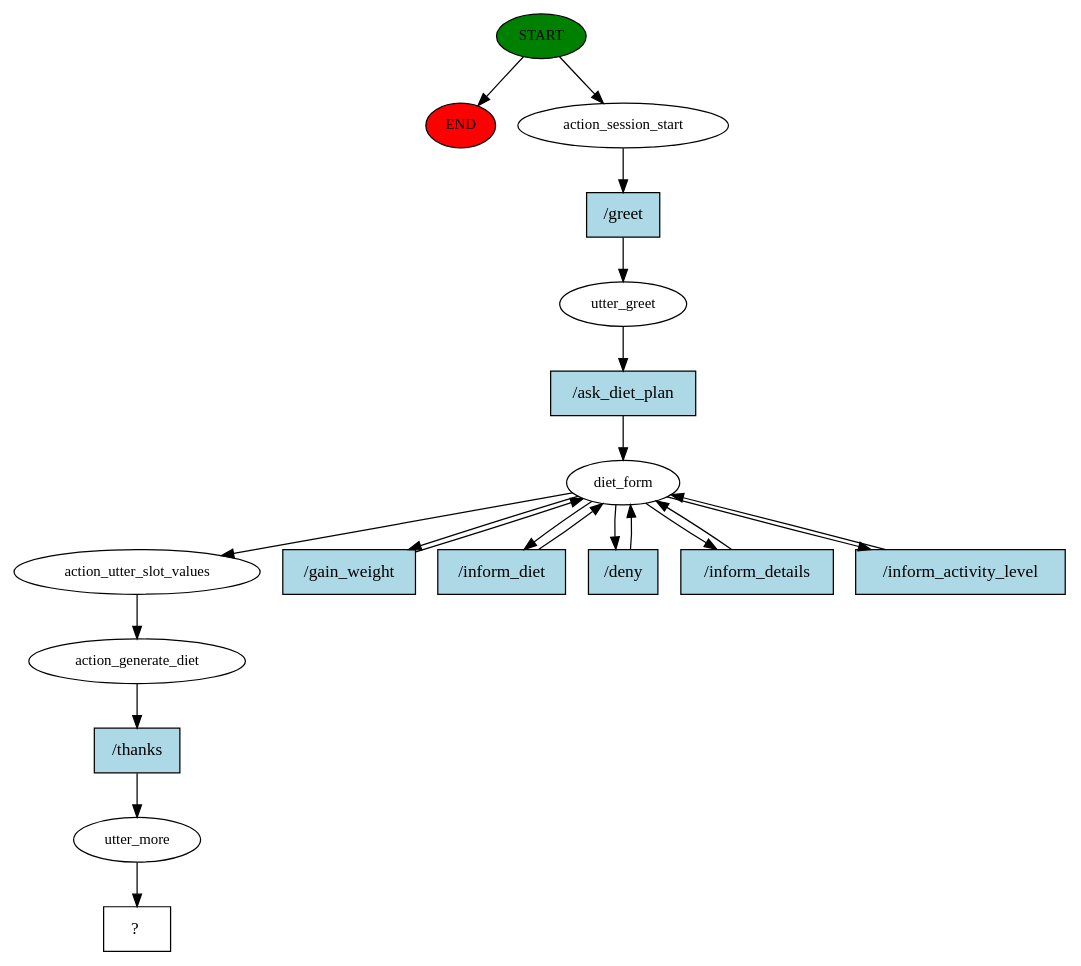
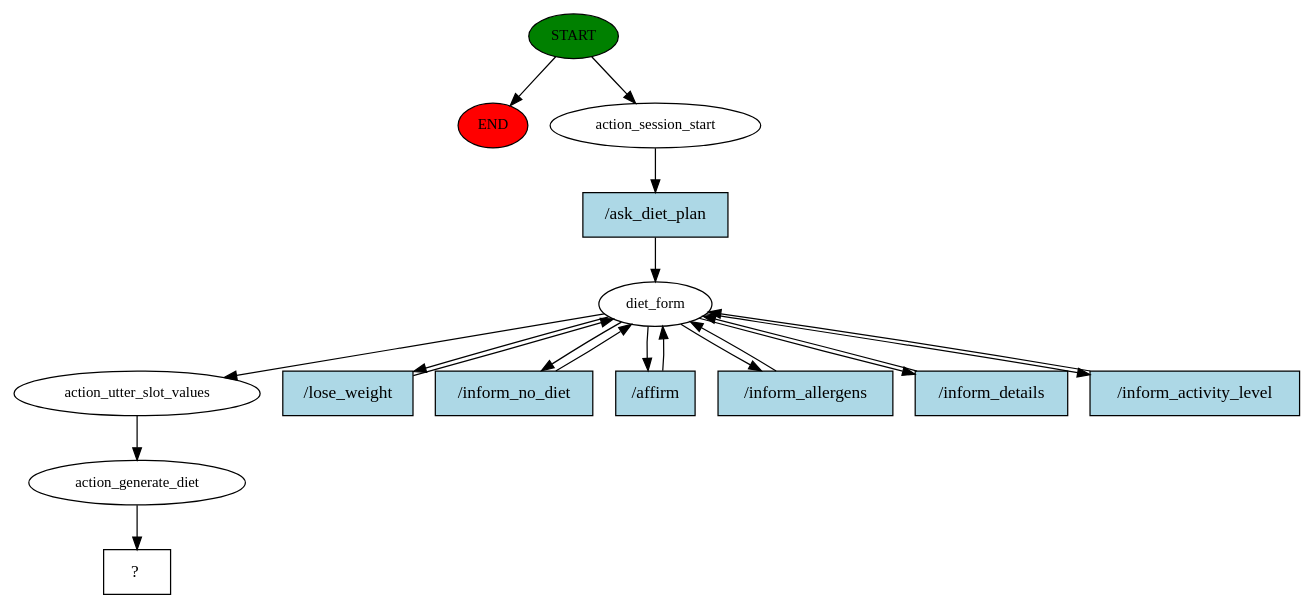
The diagram in story_graph.dot (v-rowjee/Chatbot-Engine), drawn with Graphviz before and after one commit. The commit also changed 1 other file, not shown here.

```diff
--- a/story_graph.dot
+++ b/story_graph.dot
@@ -1,40 +1,35 @@
 digraph  {
 0 [class="start active", fillcolor=green, fontsize=12, label=START, style=filled];
 "-1" [class=end, fillcolor=red, fontsize=12, label=END, style=filled];
 1 [class=active, fontsize=12, label=action_session_start];
-2 [class=active, fontsize=12, label=utter_greet];
-3 [class=active, fontsize=12, label=diet_form];
-9 [class=active, fontsize=12, label=action_utter_slot_values];
-10 [class=active, fontsize=12, label=action_generate_diet];
-11 [class=active, fontsize=12, label=utter_more];
-12 [class="intent dashed active", label="  ?  ", shape=rect];
-13 [class="intent active", fillcolor=lightblue, label="/greet", shape=rect, style=filled];
+2 [class=active, fontsize=12, label=diet_form];
+11 [class=active, fontsize=12, label=action_utter_slot_values];
+12 [class=active, fontsize=12, label=action_generate_diet];
+13 [class="intent dashed active", label="  ?  ", shape=rect];
 14 [class="intent active", fillcolor=lightblue, label="/ask_diet_plan", shape=rect, style=filled];
-15 [class="intent active", fillcolor=lightblue, label="/gain_weight", shape=rect, style=filled];
-16 [class="intent active", fillcolor=lightblue, label="/inform_diet", shape=rect, style=filled];
-17 [class="intent active", fillcolor=lightblue, label="/deny", shape=rect, style=filled];
-18 [class="intent active", fillcolor=lightblue, label="/inform_details", shape=rect, style=filled];
-19 [class="intent active", fillcolor=lightblue, label="/inform_activity_level", shape=rect, style=filled];
-20 [class="intent active", fillcolor=lightblue, label="/thanks", shape=rect, style=filled];
+15 [class="intent active", fillcolor=lightblue, label="/lose_weight", shape=rect, style=filled];
+16 [class="intent active", fillcolor=lightblue, label="/inform_no_diet", shape=rect, style=filled];
+17 [class="intent active", fillcolor=lightblue, label="/affirm", shape=rect, style=filled];
+18 [class="intent active", fillcolor=lightblue, label="/inform_allergens", shape=rect, style=filled];
+19 [class="intent active", fillcolor=lightblue, label="/inform_details", shape=rect, style=filled];
+20 [class="intent active", fillcolor=lightblue, label="/inform_activity_level", shape=rect, style=filled];
 0 -> "-1"  [class="", key=NONE, label=""];
 0 -> 1  [class=active, key=NONE, label=""];
-1 -> 13  [class=active, key=0];
-2 -> 14  [class=active, key=0];
-3 -> 9  [class=active, key=NONE, label=""];
-3 -> 15  [class=active, key=0];
-3 -> 16  [class=active, key=0];
-3 -> 17  [class=active, key=0];
-3 -> 18  [class=active, key=0];
-3 -> 19  [class=active, key=0];
-9 -> 10  [class=active, key=NONE, label=""];
-10 -> 20  [class=active, key=0];
+1 -> 14  [class=active, key=0];
+2 -> 11  [class=active, key=NONE, label=""];
+2 -> 15  [class=active, key=0];
+2 -> 16  [class=active, key=0];
+2 -> 17  [class=active, key=0];
+2 -> 18  [class=active, key=0];
+2 -> 19  [class=active, key=0];
+2 -> 20  [class=active, key=0];
 11 -> 12  [class=active, key=NONE, label=""];
-13 -> 2  [class=active, key=0];
-14 -> 3  [class=active, key=0];
-15 -> 3  [class=active, key=0];
-16 -> 3  [class=active, key=0];
-17 -> 3  [class=active, key=0];
-18 -> 3  [class=active, key=0];
-19 -> 3  [class=active, key=0];
-20 -> 11  [class=active, key=0];
+12 -> 13  [class=active, key=NONE, label=""];
+14 -> 2  [class=active, key=0];
+15 -> 2  [class=active, key=0];
+16 -> 2  [class=active, key=0];
+17 -> 2  [class=active, key=0];
+18 -> 2  [class=active, key=0];
+19 -> 2  [class=active, key=0];
+20 -> 2  [class=active, key=0];
 }
```
